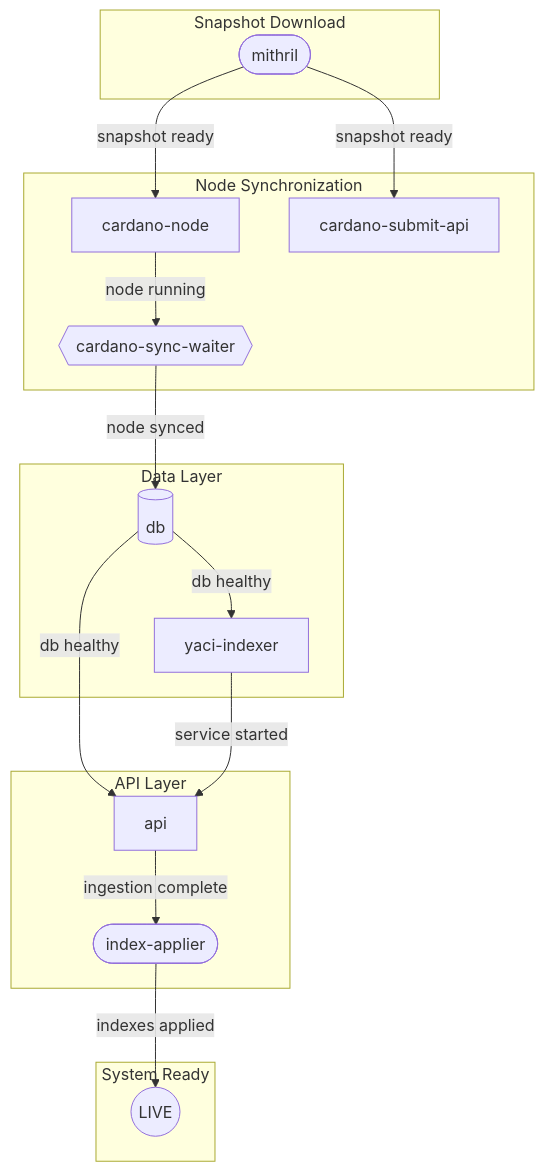
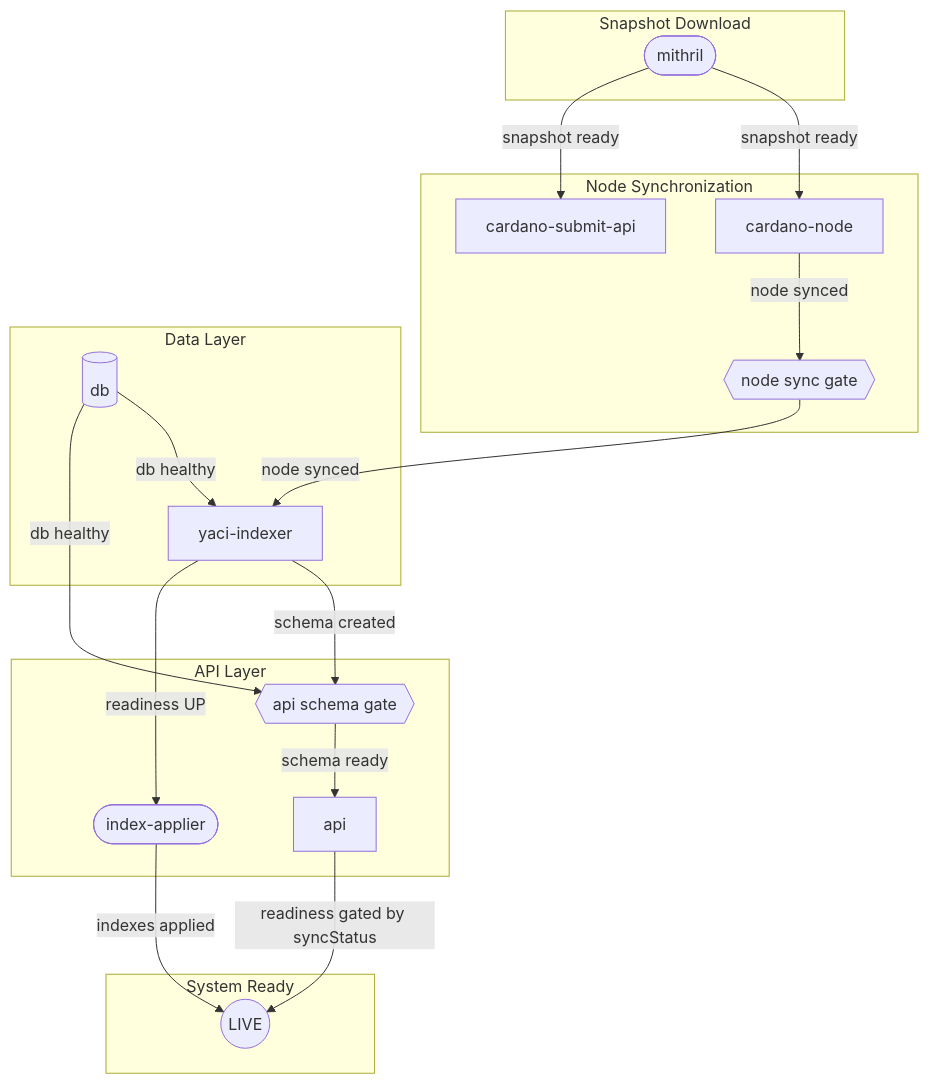
The first of 3 diagrams in docs/docs/install-and-deploy/boot-sequence.md (cardano-foundation/cardano-rosetta-java), drawn with Mermaid before and after one commit. The commit also changed other lines of this file and 5 other files, not shown here.

First line of the commit message:
docs: clarify Kubernetes startup and readiness flow

````diff
--- a/docs/docs/install-and-deploy/boot-sequence.md
+++ b/docs/docs/install-and-deploy/boot-sequence.md
@@ -56,35 +57,38 @@
 ```mermaid
 flowchart TD
     subgraph s1[Snapshot Download]
         M(["mithril"])
     end
 
     subgraph s2[Node Synchronization]
         N["cardano-node"]
         SA["cardano-submit-api"]
-        SW{{"cardano-sync-waiter"}}
+        SW{{"node sync gate"}}
     end
 
     subgraph s3[Data Layer]
         DB[("db")]
         Y["yaci-indexer"]
     end
 
     subgraph s4[API Layer]
+        SG{{"api schema gate"}}
         R["api"]
         IA(["index-applier"])
     end
 
     subgraph s5[System Ready]
         LIVE(("LIVE"))
     end
 
     M -->|"snapshot ready"| N & SA
-    N -->|"node running"| SW
-    SW -->|"node synced"| DB
+    N -->|"node synced"| SW
     DB -->|"db healthy"| Y
-    DB -->|"db healthy"| R
-    Y -->|"service started"| R
-    R -->|"ingestion complete"| IA
+    SW -->|"node synced"| Y
+    DB -->|"db healthy"| SG
+    Y -->|"schema created"| SG
+    SG -->|"schema ready"| R
+    Y -->|"readiness UP"| IA
     IA -->|"indexes applied"| LIVE
+    R -->|"readiness gated by syncStatus"| LIVE
 ```
````
